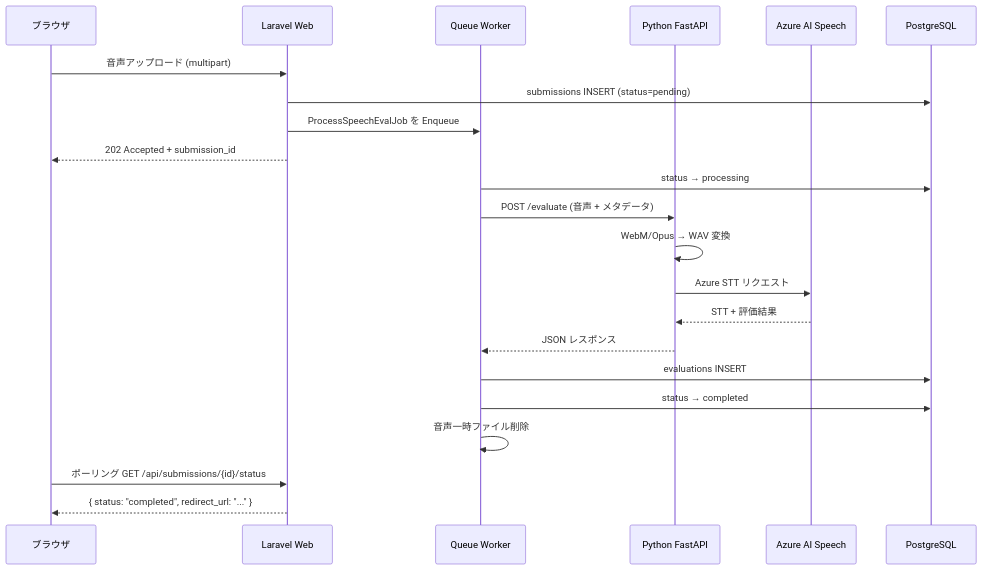
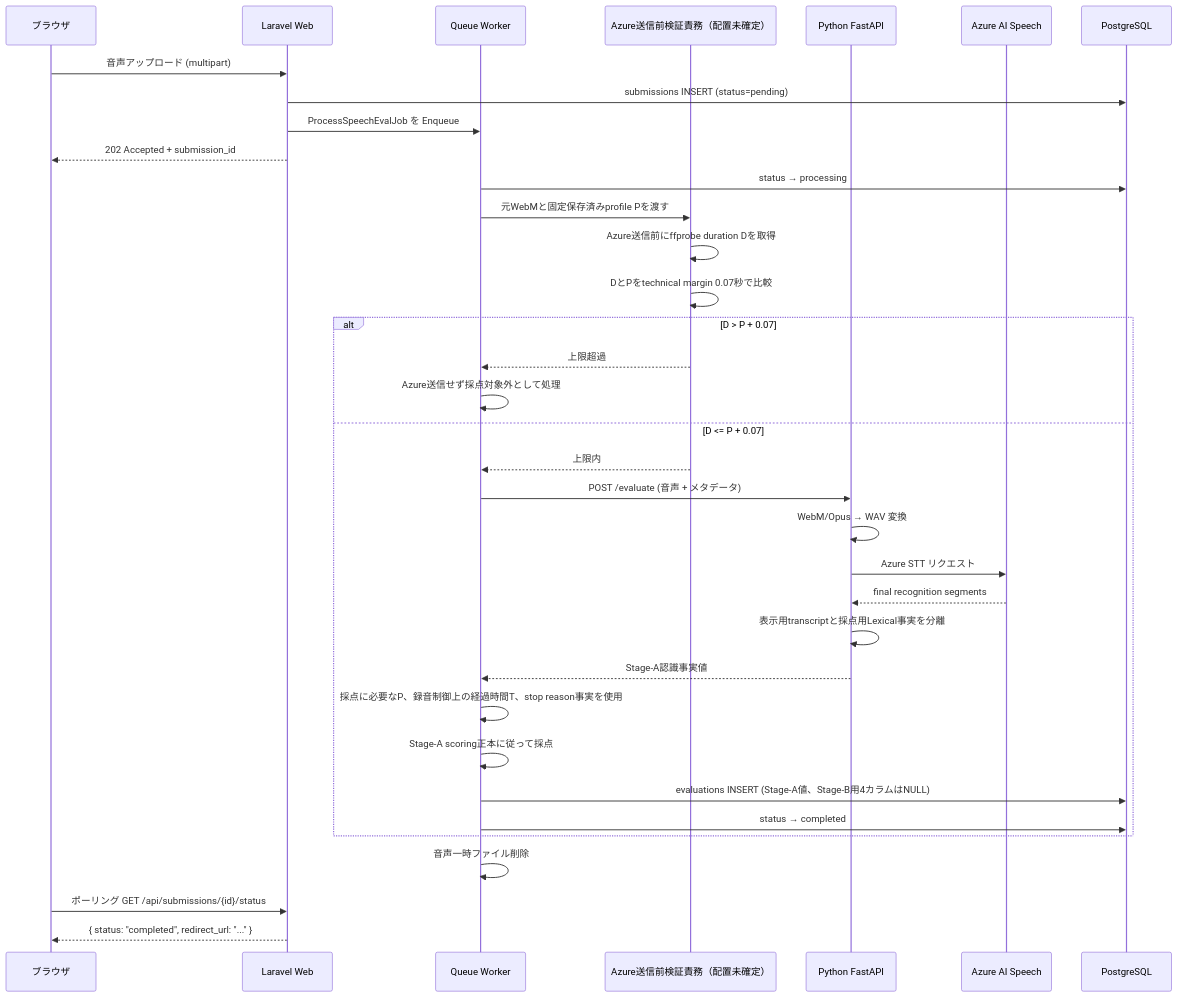
One commit to kurukobaweb/nihongo changed the second of 2 diagrams in docs/ARCHITECTURE.md. Above: the diagram before and after it, drawn with Mermaid. The commit also changed other lines of this file and 7 other files, not shown here.

````diff
--- a/docs/ARCHITECTURE.md
+++ b/docs/ARCHITECTURE.md
@@ -236,28 +231,41 @@
 ```mermaid
 sequenceDiagram
     participant U as ブラウザ
     participant L as Laravel Web
     participant Q as Queue Worker
+    participant V as Azure送信前検証責務（配置未確定）
     participant P as Python FastAPI
     participant A as Azure AI Speech
     participant DB as PostgreSQL
 
     U->>L: 音声アップロード (multipart)
     L->>DB: submissions INSERT (status=pending)
     L->>Q: ProcessSpeechEvalJob を Enqueue
     L-->>U: 202 Accepted + submission_id
 
     Q->>DB: status → processing
+    Q->>V: 元WebMと固定保存済みprofile Pを渡す
+    V->>V: Azure送信前にffprobe duration Dを取得
+    V->>V: DとPをtechnical margin 0.07秒で比較
+    alt D > P + 0.07
+        V-->>Q: 上限超過
+        Q->>Q: Azure送信せず採点対象外として処理
+    else D <= P + 0.07
+    V-->>Q: 上限内
     Q->>P: POST /evaluate (音声 + メタデータ)
     P->>P: WebM/Opus → WAV 変換
     P->>A: Azure STT リクエスト
-    A-->>P: STT + 評価結果
-    P-->>Q: JSON レスポンス
+    A-->>P: final recognition segments
+    P->>P: 表示用transcriptと採点用Lexical事実を分離
+    P-->>Q: Stage-A認識事実値
 
-    Q->>DB: evaluations INSERT
+    Q->>Q: 採点に必要なP、録音制御上の経過時間T、stop reason事実を使用
+    Q->>Q: Stage-A scoring正本に従って採点
+    Q->>DB: evaluations INSERT (Stage-A値、Stage-B用4カラムはNULL)
     Q->>DB: status → completed
+    end
     Q->>Q: 音声一時ファイル削除
 
     U->>L: ポーリング GET /api/submissions/{id}/status
     L-->>U: { status: "completed", redirect_url: "..." }
 ```
````
